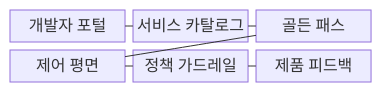
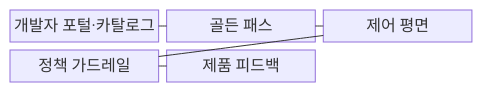
The first of 2 diagrams in src/content/docs/notes/03-software/216_platform_engineering_self_service.md (agnusdei1207/knowledge-base), drawn with Mermaid before and after one commit. The commit also changed other lines of this file and 20 other files, not shown here.

````diff
--- a/src/content/docs/notes/03-software/216_platform_engineering_self_service.md
+++ b/src/content/docs/notes/03-software/216_platform_engineering_self_service.md
@@ -52,15 +58,13 @@
 ```mermaid
 block-beta
     columns 3
-    A["개발자 포털"]
-    B["서비스 카탈로그"]
+    A["개발자 포털·카탈로그"]
     C["골든 패스"]
     D["제어 평면"]
     E["정책 가드레일"]
     F["제품 피드백"]
-    A --- B
-    B --- C
+    A --- C
     C --- D
     D --- E
     E --- F
 ```
````
